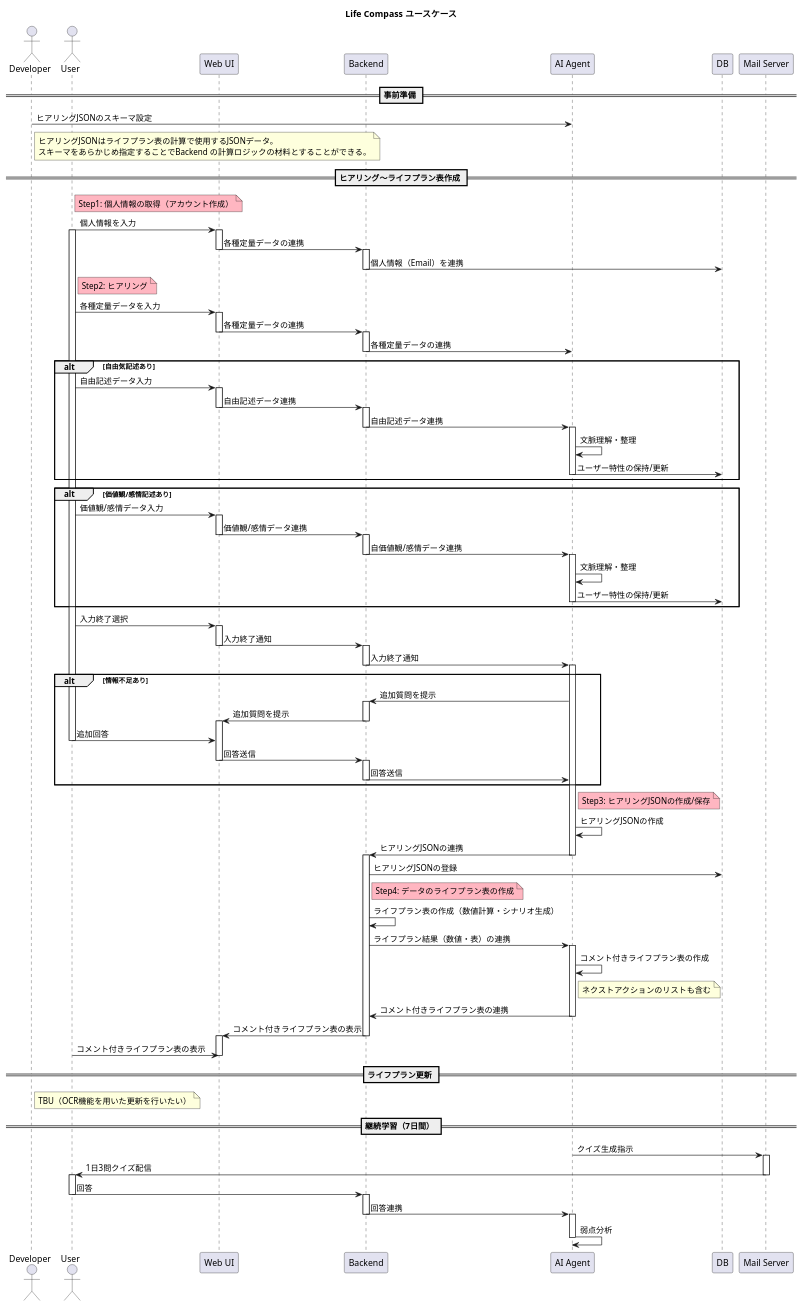
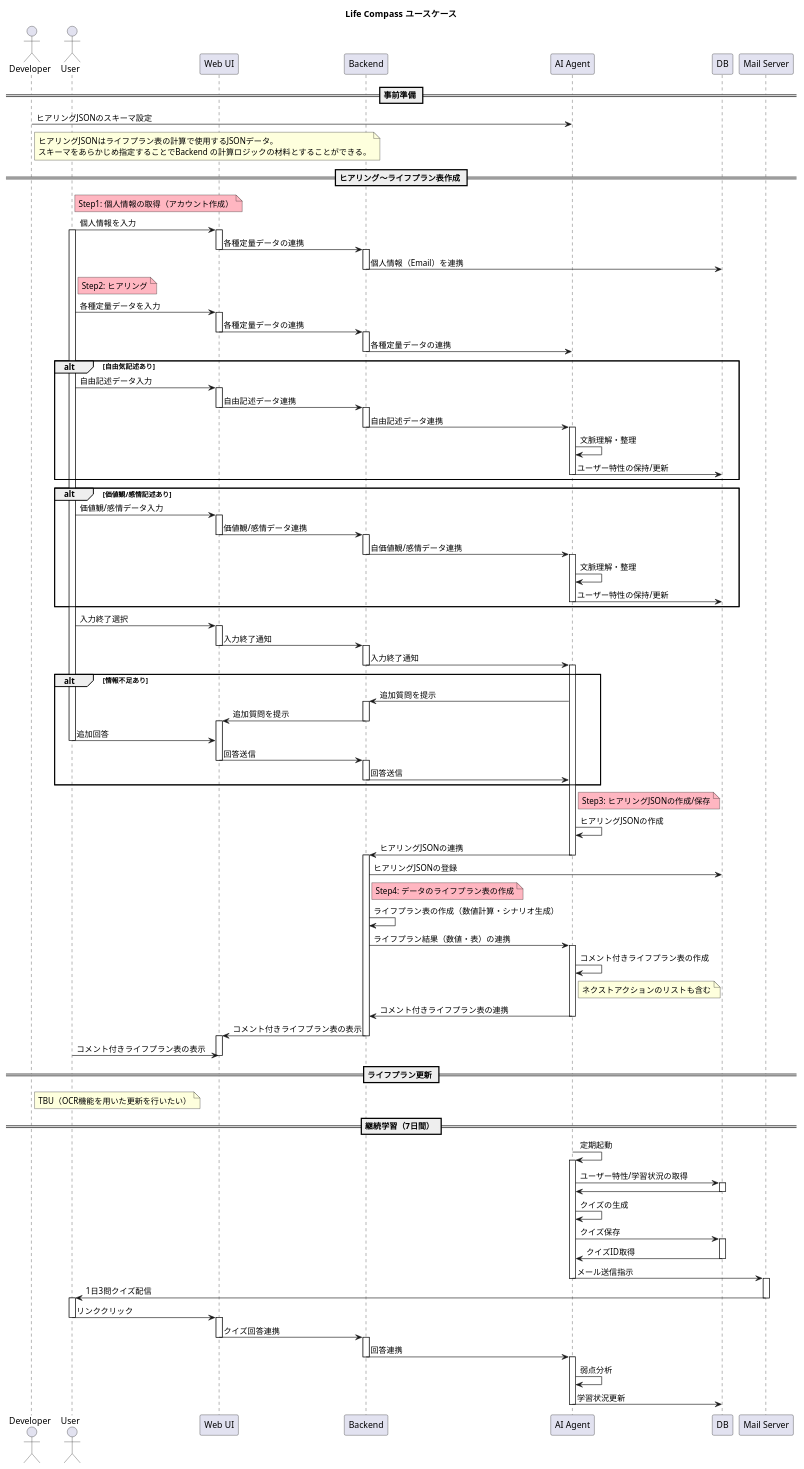
The diagram in docs/usecase.puml (hidaken991018/Agentic-AI-Hackathon-Team-Brave), drawn with PlantUML before and after one commit.

Commit message:
金融クイズユースケース更新

```diff
--- a/docs/usecase.puml
+++ b/docs/usecase.puml
@@ -1,153 +1,169 @@
 @startuml
 title Life Compass ユースケース
 
 actor Developer
 actor User
 participant "Web UI" as UI
 participant "Backend" as Backend
 participant "AI Agent" as AI
 participant "DB" as DB
 participant "Mail Server" as Mail
 
 == 事前準備 ==
 Developer -> AI : ヒアリングJSONのスキーマ設定
 
 note right Developer
   ヒアリングJSONはライフプラン表の計算で使用するJSONデータ。
   スキーマをあらかじめ指定することでBackend の計算ロジックの材料とすることができる。
 end note
 
 == ヒアリング〜ライフプラン表作成 ==
 note right User #LightPink
   Step1: 個人情報の取得（アカウント作成）
 end note
 User -> UI : 個人情報を入力
 activate User
 
 activate UI
 UI -> Backend : 各種定量データの連携
 deactivate UI
 
 activate Backend
 Backend -> DB: 個人情報（Email）を連携
 deactivate Backend
 
 note right User #LightPink
   Step2: ヒアリング
 end note
 
 User -> UI : 各種定量データを入力
 activate UI
 UI -> Backend : 各種定量データの連携
 deactivate UI
 
 activate Backend
 Backend -> AI : 各種定量データの連携
 deactivate Backend
 
 alt 自由気記述あり
   User -> UI : 自由記述データ入力
   activate UI
   UI -> Backend : 自由記述データ連携
   deactivate UI
   activate Backend
   Backend -> AI : 自由記述データ連携
   deactivate Backend
   activate AI
   AI -> AI : 文脈理解・整理
   AI -> DB : ユーザー特性の保持/更新
   deactivate AI
 end
 
 alt 価値観/感情記述あり
   User -> UI : 価値観/感情データ入力
   activate UI
   UI -> Backend : 価値観/感情データ連携
   deactivate UI
   activate Backend
   Backend -> AI : 自価値観/感情データ連携
   deactivate Backend
   activate AI
   AI -> AI : 文脈理解・整理
   AI -> DB : ユーザー特性の保持/更新
   deactivate AI
 end
 
 User -> UI : 入力終了選択
 activate UI
 UI -> Backend : 入力終了通知
 deactivate UI
 activate Backend
 Backend -> AI : 入力終了通知
 deactivate Backend
 activate AI
 
 alt 情報不足あり
   AI -> Backend : 追加質問を提示
   activate Backend
   Backend -> UI : 追加質問を提示
   deactivate Backend
   activate UI
   User -> UI : 追加回答
   deactivate User
   UI -> Backend : 回答送信
   deactivate UI
   activate Backend
   Backend -> AI : 回答送信
   deactivate Backend
 end
 
 note right AI #LightPink
   Step3: ヒアリングJSONの作成/保存
 end note
 
 AI -> AI : ヒアリングJSONの作成
 AI -> Backend : ヒアリングJSONの連携
 deactivate AI
 activate Backend
 
 Backend -> DB : ヒアリングJSONの登録
 
 note right Backend #LightPink
   Step4: データのライフプラン表の作成
 end note
 
 Backend -> Backend : ライフプラン表の作成（数値計算・シナリオ生成）
 
 Backend -> AI : ライフプラン結果（数値・表）の連携
 activate AI
 AI -> AI : コメント付きライフプラン表の作成
 note right AI
   ネクストアクションのリストも含む
 end note
 AI -> Backend : コメント付きライフプラン表の連携
 deactivate AI
 
 Backend -> UI : コメント付きライフプラン表の表示
 deactivate Backend
 activate UI
 User -> UI : コメント付きライフプラン表の表示
 deactivate UI
 
 == ライフプラン更新 ==
 note right Developer
   TBU（OCR機能を用いた更新を行いたい）
 end note
 
 == 継続学習（7日間） ==
-AI -> Mail : クイズ生成指示
+AI -> AI : 定期起動
+activate AI
+AI -> DB : ユーザー特性/学習状況の取得
+activate DB
+DB -> AI : 
+deactivate DB
+AI -> AI : クイズの生成
+AI -> DB : クイズ保存 
+activate DB
+DB -> AI : クイズID取得
+deactivate DB
+AI -> Mail : メール送信指示
+deactivate AI
 activate Mail
 Mail -> User : 1日3問クイズ配信
 deactivate Mail
 activate User
-User -> Backend : 回答
+User -> UI : リンククリック
 deactivate User
+activate UI
+UI -> Backend : クイズ回答連携
+deactivate UI
 activate Backend
 Backend -> AI : 回答連携
 deactivate Backend
 activate AI
 AI -> AI : 弱点分析
+AI -> DB : 学習状況更新
 deactivate AI
 
 
 @enduml
```
